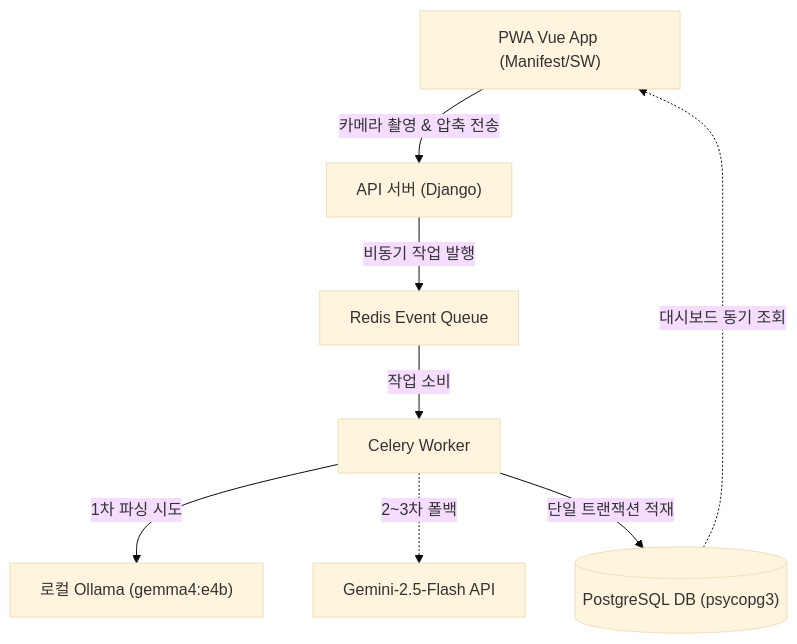
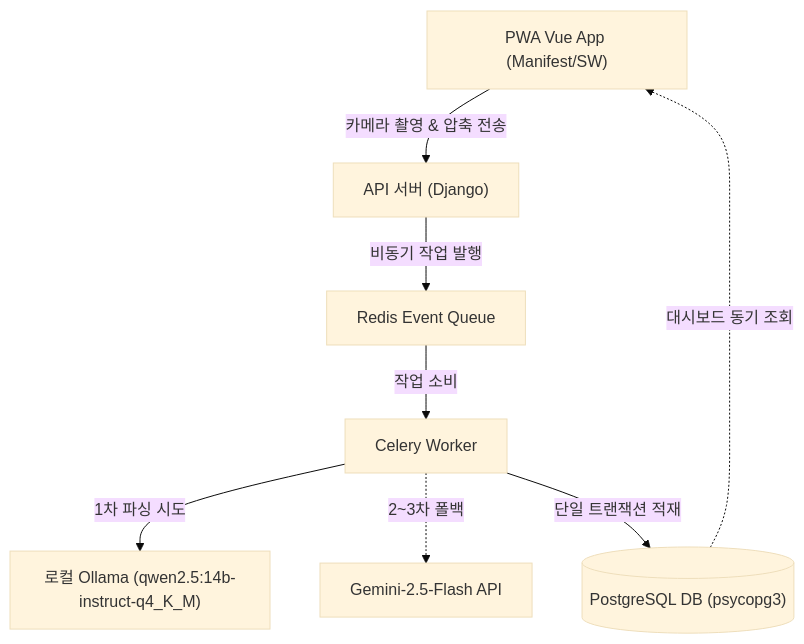
One commit to beyondVS/ai-ledger-automation changed the diagram in README.md. Above: the diagram before and after it, drawn with Mermaid (base theme). The commit also changed 9 other files, not shown here.

First line of the commit message:
docs: Ollama 로컬 LLM을 qwen2.5:14b-instruct-q4_K_M으로 전면 최신화 및 핵심 문서 버전 동기화

````diff
--- a/README.md
+++ b/README.md
@@ -21,10 +21,10 @@
 ```mermaid
 graph TD
     UI["PWA Vue App (Manifest/SW)"] -->|카메라 촬영 & 압축 전송| API_Server["API 서버 (Django)"]
     API_Server -->|비동기 작업 발행| Redis["Redis Event Queue"]
     Redis -->|작업 소비| Celery["Celery Worker"]
-    Celery -->|1차 파싱 시도| Ollama["로컬 Ollama (gemma4:e4b)"]
+    Celery -->|1차 파싱 시도| Ollama["로컬 Ollama (qwen2.5:14b-instruct-q4_K_M)"]
     Celery -.->|2~3차 폴백| Gemini["Gemini-2.5-Flash API"]
     Celery -->|단일 트랜잭션 적재| DB[("PostgreSQL DB (psycopg3)")]
     DB -.->|대시보드 동기 조회| UI
 ```
````
